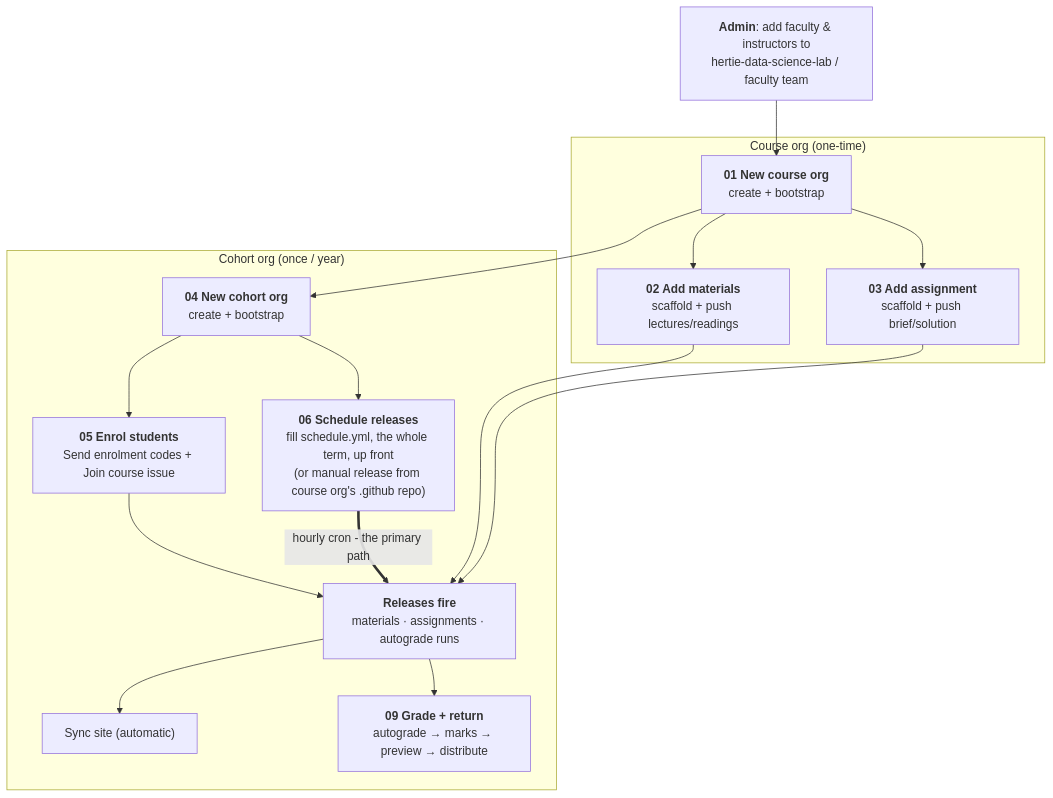
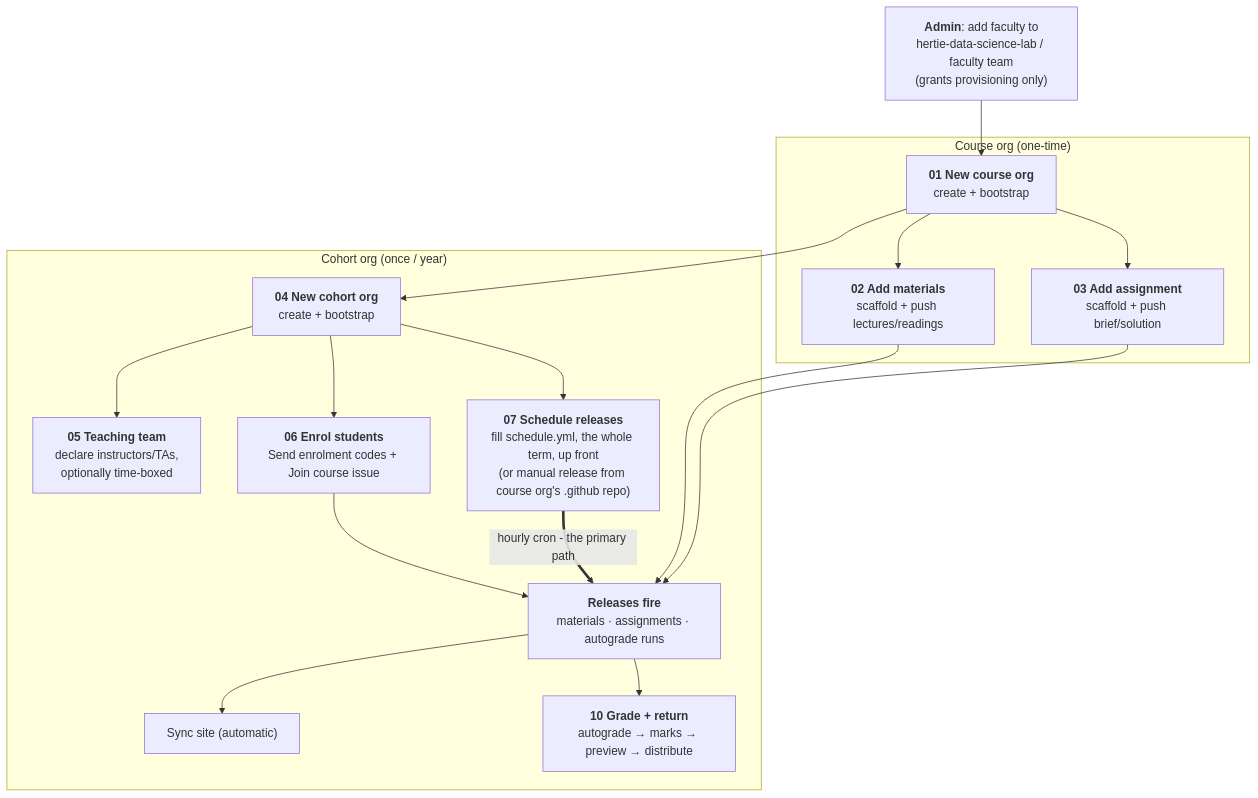
One commit to hertie-data-science-lab/dsl-teaching-course-setup changed the diagram in docs/README.md. Above: the diagram before and after it, drawn with Mermaid. The commit also changed other lines of this file and 49 other files, not shown here.

First line of the commit message:
feat(schedule): _datetime schema, cohort assignment type, access docs, staff cards

````diff
--- a/docs/README.md
+++ b/docs/README.md
@@ -20,41 +17,46 @@
 ```mermaid
 flowchart TD
-  A["`**Admin**: add faculty & instructors to
-hertie-data-science-lab / faculty team`"] --> B
+  A["`**Admin**: add faculty to
+hertie-data-science-lab / faculty team
+(grants provisioning only)`"] --> B
 
   subgraph COURSE["Course org (one-time)"]
     B["`**01 New course org**
 create + bootstrap`"]
     C["`**02 Add materials**
 scaffold + push lectures/readings`"]
     D["`**03 Add assignment**
 scaffold + push brief/solution`"]
     B --> C
     B --> D
   end
 
   subgraph COHORT["Cohort org (once / year)"]
     E["`**04 New cohort org**
 create + bootstrap`"]
-    F["`**05 Enrol students**
+    T["`**05 Teaching team**
+declare instructors/TAs,
+optionally time-boxed`"]
+    F["`**06 Enrol students**
 Send enrolment codes + Join course issue`"]
-    S["`**06 Schedule releases**
+    S["`**07 Schedule releases**
 fill schedule.yml, the whole term, up front
 (or manual release from course org's .github repo)`"]
     G["`**Releases fire**
 materials · assignments · autograde runs`"]
     I["Sync site (automatic)"]
-    J["`**09 Grade + return**
+    J["`**10 Grade + return**
 autograde → marks → preview → distribute`"]
+    E --> T
     E --> F
     E --> S
     F --> G
     S ==>|"hourly cron - the primary path"| G
     G --> I
     G --> J
   end
 
   B --> E
   C --> G
   D --> G
 ```
````
